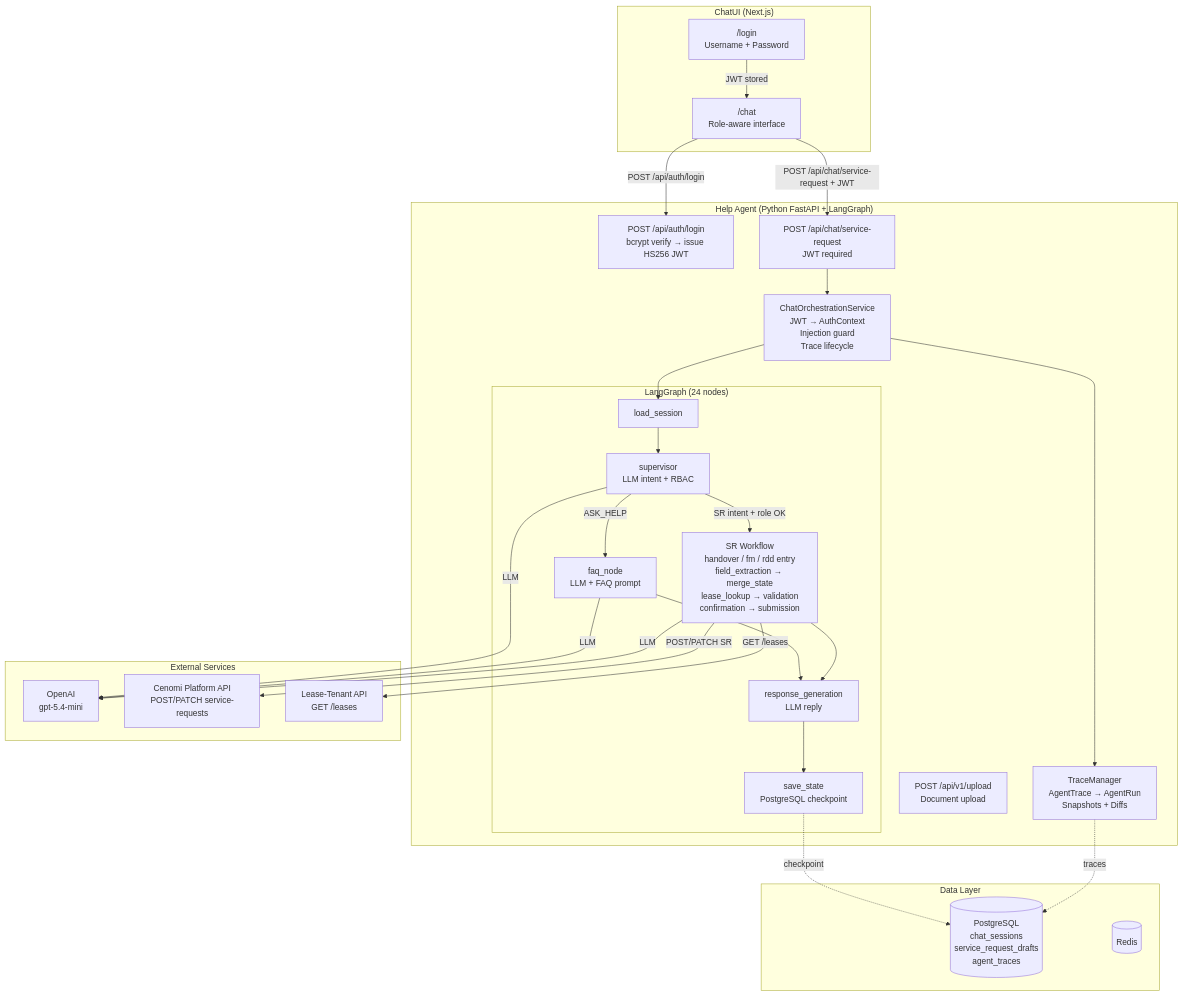
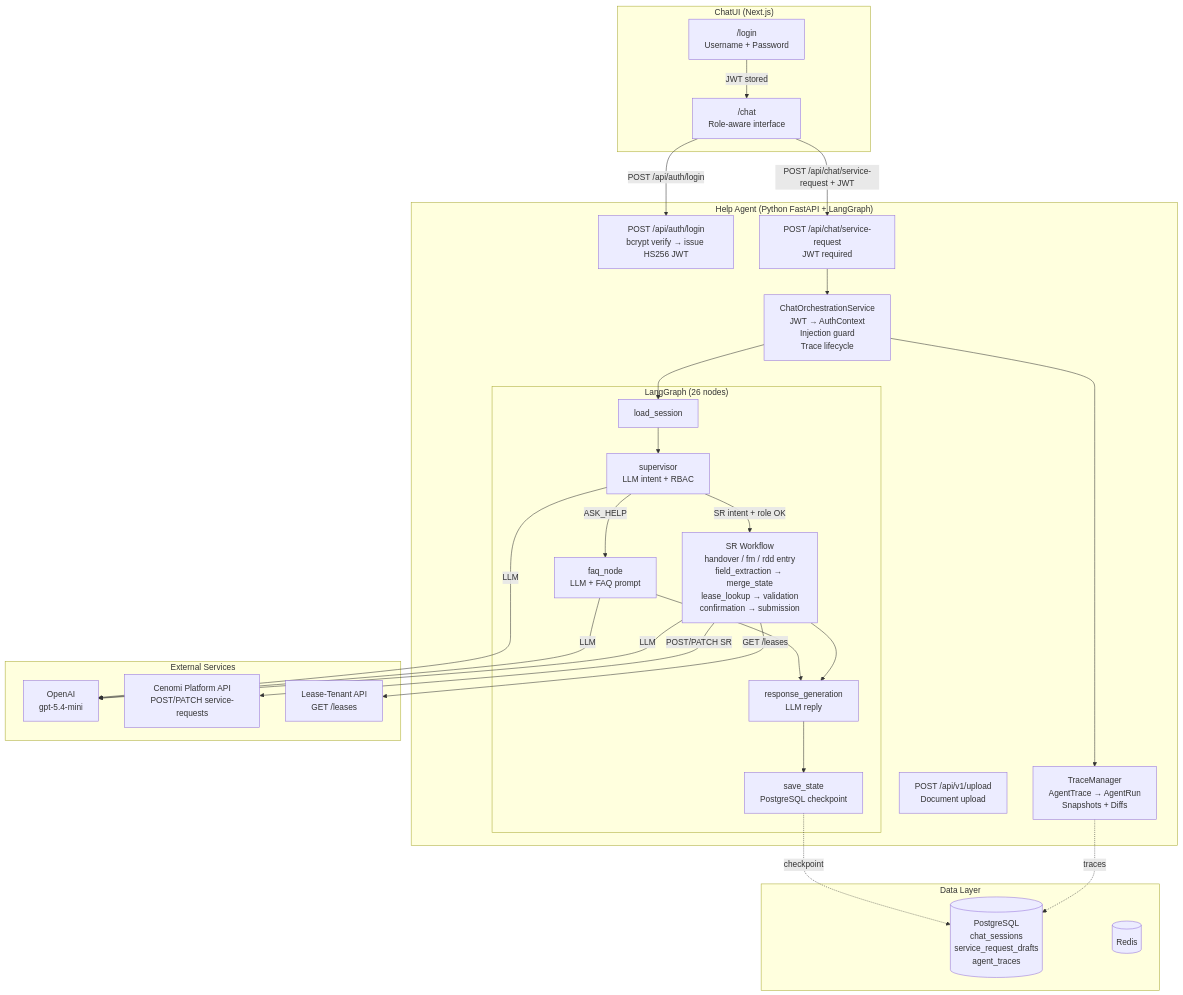
Before and after one commit to swa01wk/cenomi-api-v2: the first of 10 diagrams in service-request-chatbot/docs/help-agent-pipeline.md, drawn with Mermaid. The commit also changed other lines of this file and 16 other files, not shown here.

````diff
--- a/service-request-chatbot/docs/help-agent-pipeline.md
+++ b/service-request-chatbot/docs/help-agent-pipeline.md
@@ -86,58 +86,58 @@
 ```mermaid
 graph TB
     subgraph ChatUILayer["ChatUI (Next.js)"]
         LOGIN["/login\nUsername + Password"]
         CHAT["/chat\nRole-aware interface"]
         LOGIN -->|"JWT stored"| CHAT
     end
 
     subgraph HelperAgentLayer["Help Agent (Python FastAPI + LangGraph)"]
         AUTH["POST /api/auth/login\nbcrypt verify → issue HS256 JWT"]
         CHATEP["POST /api/chat/service-request\nJWT required"]
         UPLOAD["POST /api/v1/upload\nDocument upload"]
 
         ORCH["ChatOrchestrationService\nJWT → AuthContext\nInjection guard\nTrace lifecycle"]
 
-        subgraph GraphLayer["LangGraph (24 nodes)"]
+        subgraph GraphLayer["LangGraph (26 nodes)"]
             LS["load_session"]
             SV["supervisor\nLLM intent + RBAC"]
             FAQ["faq_node\nLLM + FAQ prompt"]
             SR["SR Workflow\nhandover / fm / rdd entry\nfield_extraction → merge_state\nlease_lookup → validation\nconfirmation → submission"]
             RG["response_generation\nLLM reply"]
             SS["save_state\nPostgreSQL checkpoint"]
         end
 
         TRACE["TraceManager\nAgentTrace → AgentRun\nSnapshots + Diffs"]
     end
 
     subgraph DataLayer["Data Layer"]
         PG[("PostgreSQL\nchat_sessions\nservice_request_drafts\nagent_traces")]
         REDIS[("Redis")]
     end
 
     subgraph ExternalLayer["External Services"]
         OPENAI["OpenAI\ngpt-5.4-mini"]
         CENOMI["Cenomi Platform API\nPOST/PATCH service-requests"]
         LEASEAPI["Lease-Tenant API\nGET /leases"]
     end
 
     CHAT -->|"POST /api/chat/service-request + JWT"| CHATEP
     CHAT -->|"POST /api/auth/login"| AUTH
     CHATEP --> ORCH
     ORCH --> LS
     LS --> SV
     SV -->|"ASK_HELP"| FAQ
     SV -->|"SR intent + role OK"| SR
     FAQ --> RG
     SR --> RG
     RG --> SS
 
     SS -.->|"checkpoint"| PG
     TRACE -.->|"traces"| PG
     ORCH --> TRACE
     SV -->|"LLM"| OPENAI
     FAQ -->|"LLM"| OPENAI
     SR -->|"LLM"| OPENAI
     SR -->|"POST/PATCH SR"| CENOMI
     SR -->|"GET /leases"| LEASEAPI
 ```
````
